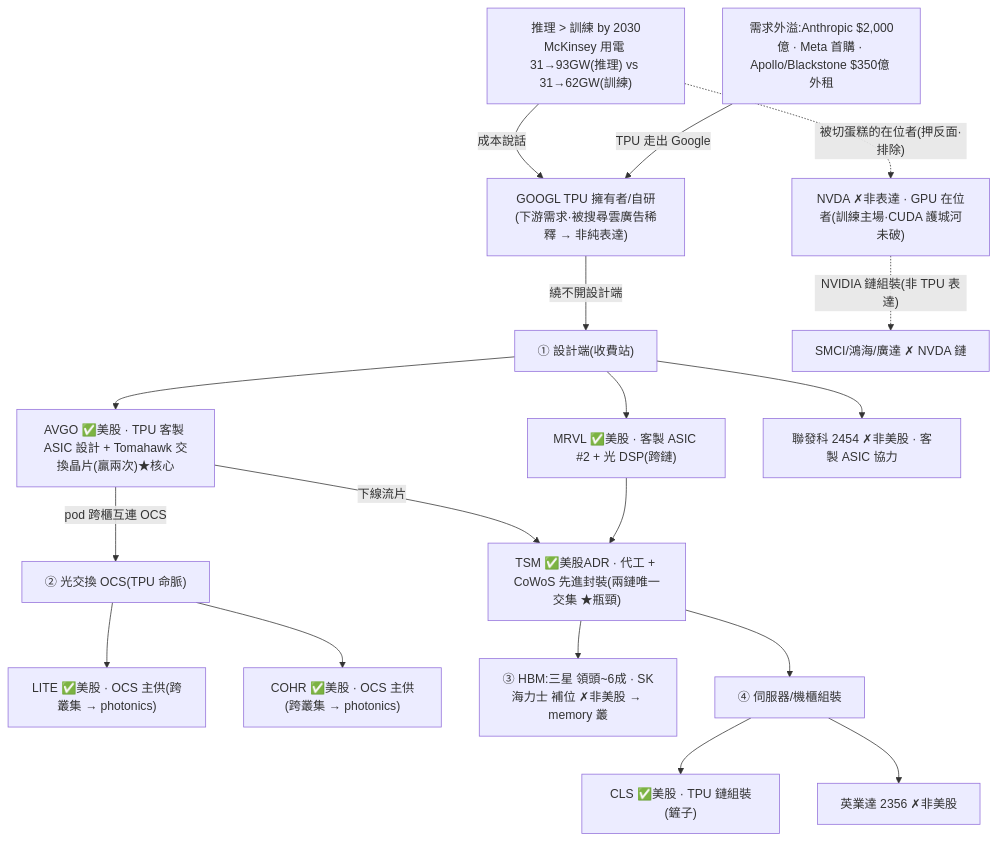
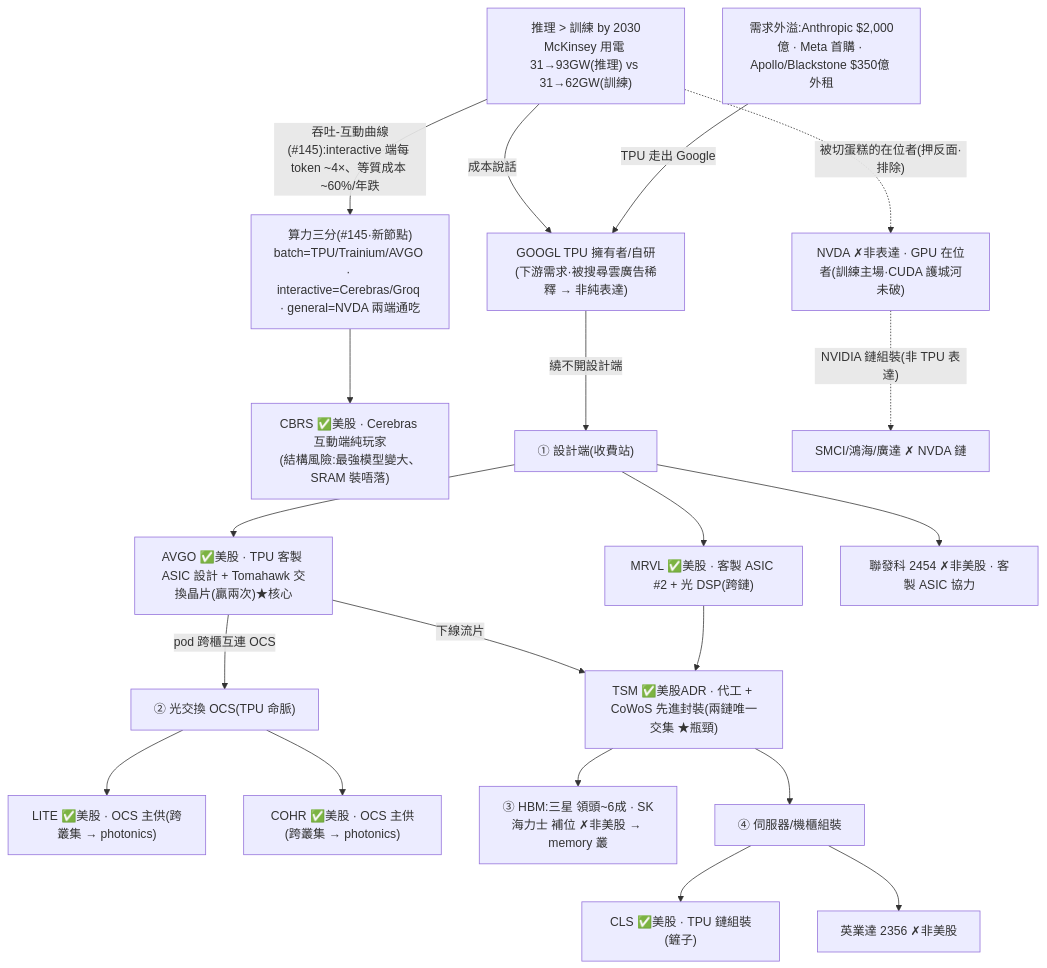
Before and after one commit to kkhcheng88/Karst: the diagram in thesis/wiki/tpu-custom-silicon.md, drawn with Mermaid. The commit also changed other lines of this file and 5 other files, not shown here.

````diff
--- a/thesis/wiki/tpu-custom-silicon.md
+++ b/thesis/wiki/tpu-custom-silicon.md
@@ -30,20 +31,22 @@
 ```mermaid
 flowchart TD
   DEM["推理 &gt; 訓練 by 2030<br/>McKinsey 用電 31→93GW(推理) vs 31→62GW(訓練)"] -->|"成本說話"| GOOGL
+  DEM -->|"吞吐-互動曲線(#145):interactive 端每 token ~4×、等質成本 ~60%/年跌"| SPLIT
+  SPLIT["算力三分(#145·新節點)<br/>batch=TPU/Trainium/AVGO · interactive=Cerebras/Groq · general=NVDA 兩端通吃"] --> CBRS["CBRS ✅美股 · Cerebras 互動端純玩家<br/>(結構風險:最強模型變大、SRAM 裝唔落)"]
   ANTH["需求外溢:Anthropic $2,000億 · Meta 首購 · Apollo/Blackstone $350億 外租"] -->|"TPU 走出 Google"| GOOGL
   GOOGL["GOOGL TPU 擁有者/自研(下游需求·被搜尋雲廣告稀釋 → 非純表達)"] -->|"繞不開設計端"| DESIGN
   DESIGN["① 設計端(收費站)"] --> AVGO["AVGO ✅美股 · TPU 客製 ASIC 設計 + Tomahawk 交換晶片(贏兩次)★核心"]
   DESIGN --> MRVL["MRVL ✅美股 · 客製 ASIC #2 + 光 DSP(跨鏈)"]
   DESIGN --> MTK["聯發科 2454 ✗非美股 · 客製 ASIC 協力"]
   AVGO -->|"下線流片"| TSM["TSM ✅美股ADR · 代工 + CoWoS 先進封裝(兩鏈唯一交集 ★瓶頸)"]
   MRVL --> TSM
   AVGO -->|"pod 跨櫃互連 OCS"| OCS["② 光交換 OCS(TPU 命脈)"]
   OCS --> LITE["LITE ✅美股 · OCS 主供(跨叢集 → photonics)"]
   OCS --> COHR["COHR ✅美股 · OCS 主供(跨叢集 → photonics)"]
   TSM --> HBM["③ HBM:三星 領頭~6成 · SK海力士 補位 ✗非美股 → memory 叢"]
   TSM --> ASSY["④ 伺服器/機櫃組裝"]
   ASSY --> CLS["CLS ✅美股 · TPU 鏈組裝(鏟子)"]
   ASSY --> INV["英業達 2356 ✗非美股"]
   DEM -.->|"被切蛋糕的在位者(押反面·排除)"| NVDA["NVDA ✗非表達 · GPU 在位者(訓練主場·CUDA 護城河未破)"]
   NVDA -.->|"NVIDIA 鏈組裝(非 TPU 表達)"| SMCI["SMCI/鴻海/廣達 ✗ NVDA 鏈"]
 ```
````
